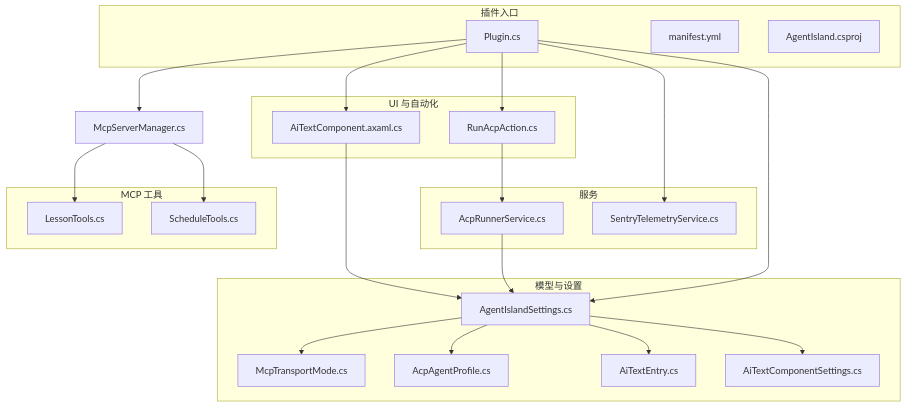
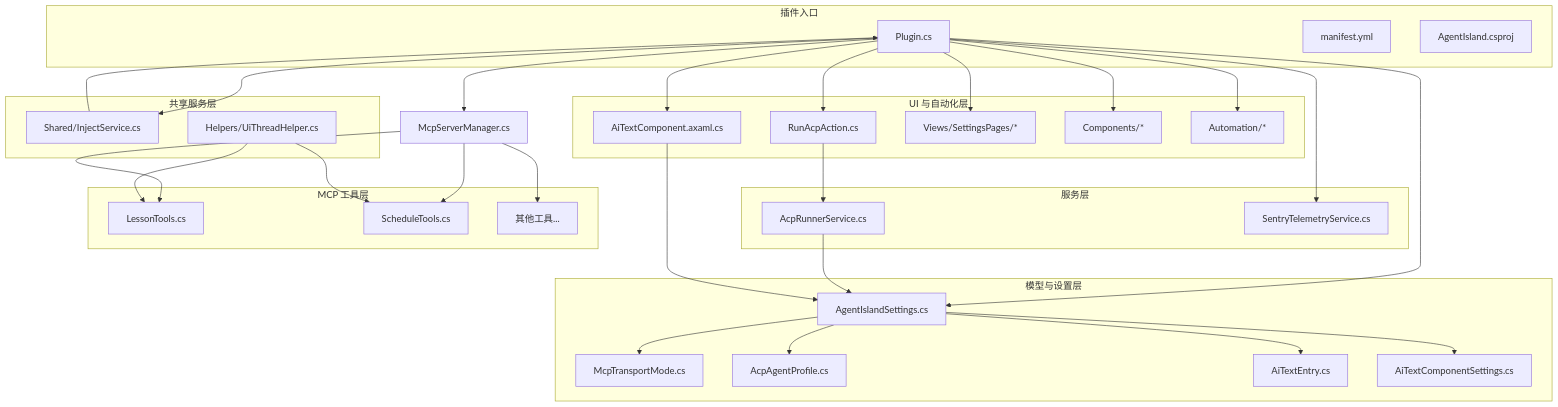
One commit to ShihaoShenDev/AgentIsland changed the first of 9 diagrams in .qoder/repowiki/zh/content/架构设计/架构设计.md. Above: the diagram before and after it, drawn with Mermaid. The commit also changed other lines of this file and 31 other files, not shown here.

````diff
--- a/.qoder/repowiki/zh/content/架构设计/架构设计.md
+++ b/.qoder/repowiki/zh/content/架构设计/架构设计.md
@@ -54,42 +84,58 @@
 ```mermaid
 graph TB
 subgraph "插件入口"
 P["Plugin.cs"]
 M["manifest.yml"]
 C["AgentIsland.csproj"]
 end
-subgraph "模型与设置"
+subgraph "模型与设置层"
 S["AgentIslandSettings.cs"]
 T["McpTransportMode.cs"]
 A["AcpAgentProfile.cs"]
 E["AiTextEntry.cs"]
 CS["AiTextComponentSettings.cs"]
 end
-subgraph "服务"
+subgraph "服务层"
 R["AcpRunnerService.cs"]
 ST["SentryTelemetryService.cs"]
 end
-subgraph "MCP 工具"
+subgraph "MCP 工具层"
 LT["LessonTools.cs"]
 SCH["ScheduleTools.cs"]
+TOOLS["其他工具..."]
 end
-subgraph "UI 与自动化"
+subgraph "UI 与自动化层"
 AC["AiTextComponent.axaml.cs"]
 RA["RunAcpAction.cs"]
+VIEWS["Views/SettingsPages/*"]
+COMPONENTS["Components/*"]
+AUTOMATION["Automation/*"]
+end
+subgraph "共享服务层"
+SHARED["Shared/InjectService.cs"]
+HELPERS["Helpers/UiThreadHelper.cs"]
 end
 SM["McpServerManager.cs"]
 P --> S
 P --> ST
 P --> SM
+P --> SHARED
 SM --> LT
 SM --> SCH
+SM --> TOOLS
 P --> AC
 P --> RA
+P --> VIEWS
+P --> COMPONENTS
+P --> AUTOMATION
 RA --> R
 R --> S
 AC --> S
 S --> T
 S --> A
 S --> E
 S --> CS
+SHARED --> P
+HELPERS --> LT
+HELPERS --> SCH
 ```
````
